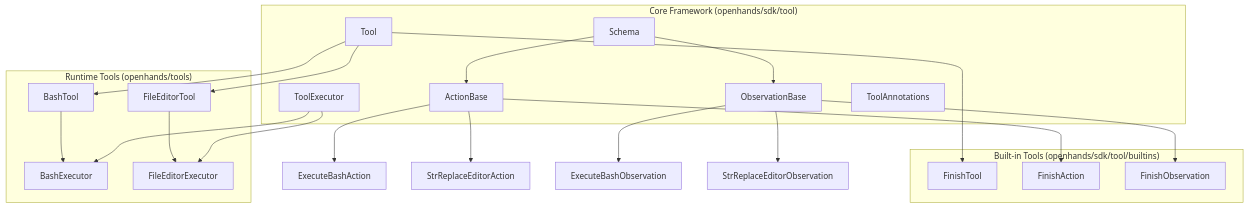
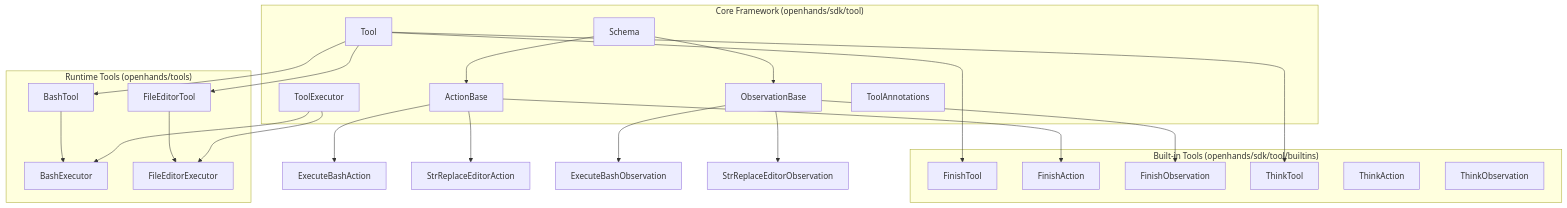
Before and after one commit to vivekvjnk/agent-sdk: the first of 3 diagrams in docs/tools-system.md, drawn with Mermaid. The commit also changed 7 other files, not shown here.

````diff
--- a/docs/tools-system.md
+++ b/docs/tools-system.md
@@ -9,43 +9,47 @@
 ```mermaid
 graph TB
     subgraph "Core Framework (openhands/sdk/tool)"
         Schema[Schema]
         ActionBase[ActionBase]
         ObservationBase[ObservationBase]
         Tool[Tool]
         ToolExecutor[ToolExecutor]
         ToolAnnotations[ToolAnnotations]
     end
     
     subgraph "Built-in Tools (openhands/sdk/tool/builtins)"
         FinishTool[FinishTool]
         FinishAction[FinishAction]
         FinishObservation[FinishObservation]
+        ThinkTool[ThinkTool]
+        ThinkAction[ThinkAction]
+        ThinkObservation[ThinkObservation]
     end
     
     subgraph "Runtime Tools (openhands/tools)"
         BashTool[BashTool]
         FileEditorTool[FileEditorTool]
         BashExecutor[BashExecutor]
         FileEditorExecutor[FileEditorExecutor]
     end
     
     Schema --> ActionBase
     Schema --> ObservationBase
     ActionBase --> FinishAction
     ActionBase --> ExecuteBashAction
     ActionBase --> StrReplaceEditorAction
     ObservationBase --> FinishObservation
     ObservationBase --> ExecuteBashObservation
     ObservationBase --> StrReplaceEditorObservation
     
     Tool --> BashTool
     Tool --> FileEditorTool
     Tool --> FinishTool
+    Tool --> ThinkTool
     
     ToolExecutor --> BashExecutor
     ToolExecutor --> FileEditorExecutor
     
     BashTool --> BashExecutor
     FileEditorTool --> FileEditorExecutor
 ```
````
